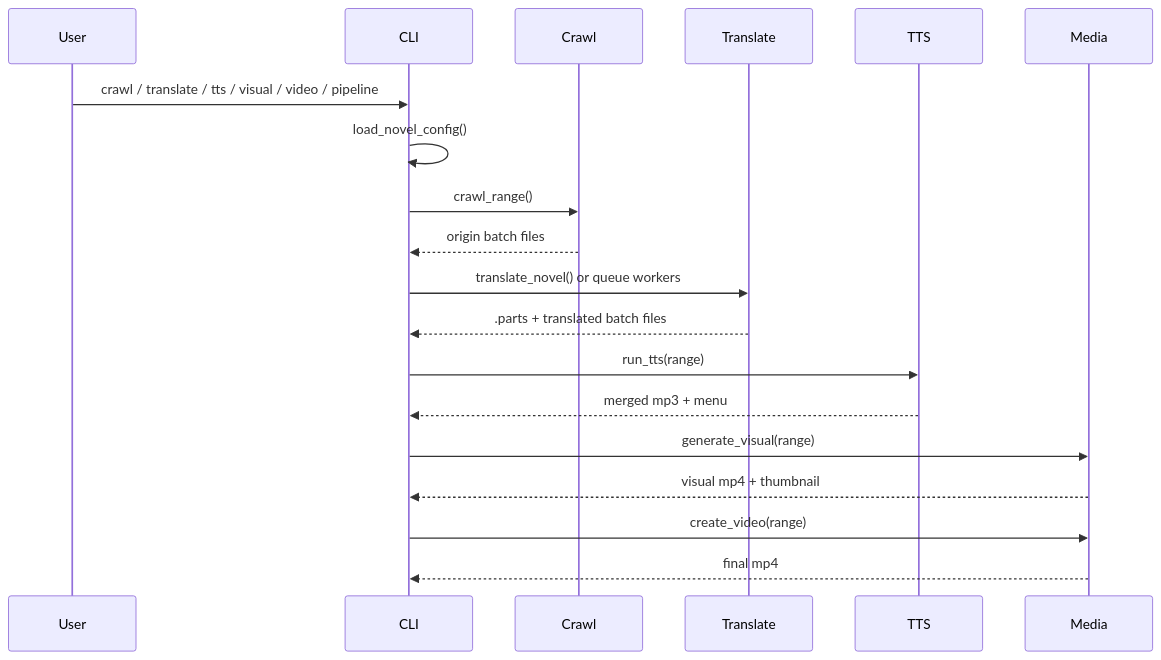
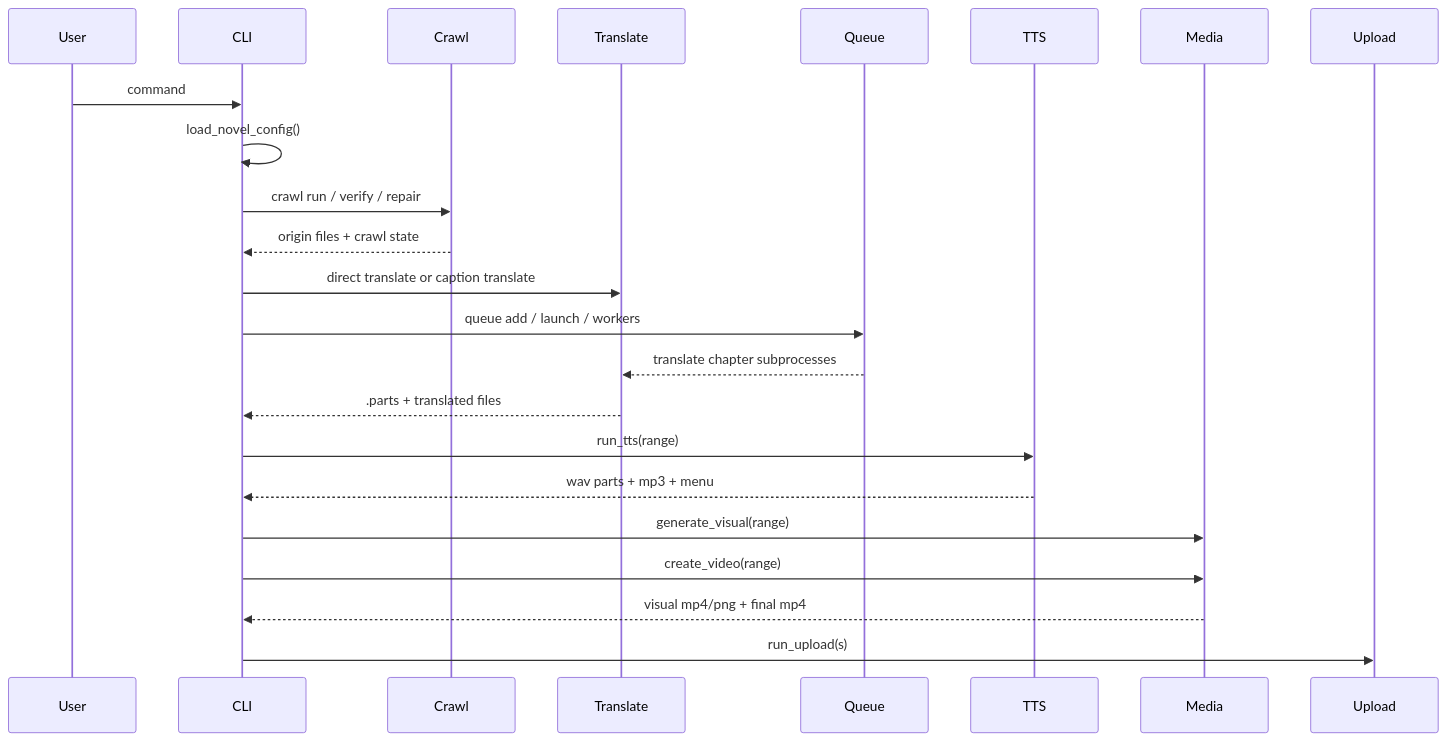
One commit to danielpham765/novel-tts changed the second of 2 diagrams in docs/ARCHITECTURE.md. Above: the diagram before and after it, drawn with Mermaid. The commit also changed other lines of this file and 7 other files, not shown here.

````diff
--- a/docs/ARCHITECTURE.md
+++ b/docs/ARCHITECTURE.md
@@ -222,22 +267,26 @@
 ```mermaid
 sequenceDiagram
     participant User
     participant CLI
     participant Crawl
     participant Translate
+    participant Queue
     participant TTS
     participant Media
+    participant Upload
 
-    User->>CLI: crawl / translate / tts / visual / video / pipeline
+    User->>CLI: command
     CLI->>CLI: load_novel_config()
-    CLI->>Crawl: crawl_range()
-    Crawl-->>CLI: origin batch files
-    CLI->>Translate: translate_novel() or queue workers
-    Translate-->>CLI: .parts + translated batch files
+    CLI->>Crawl: crawl run / verify / repair
+    Crawl-->>CLI: origin files + crawl state
+    CLI->>Translate: direct translate or caption translate
+    CLI->>Queue: queue add / launch / workers
+    Queue-->>Translate: translate chapter subprocesses
+    Translate-->>CLI: .parts + translated files
     CLI->>TTS: run_tts(range)
-    TTS-->>CLI: merged mp3 + menu
+    TTS-->>CLI: wav parts + mp3 + menu
     CLI->>Media: generate_visual(range)
-    Media-->>CLI: visual mp4 + thumbnail
     CLI->>Media: create_video(range)
-    Media-->>CLI: final mp4
+    Media-->>CLI: visual mp4/png + final mp4
+    CLI->>Upload: run_upload(s)
 ```
````
